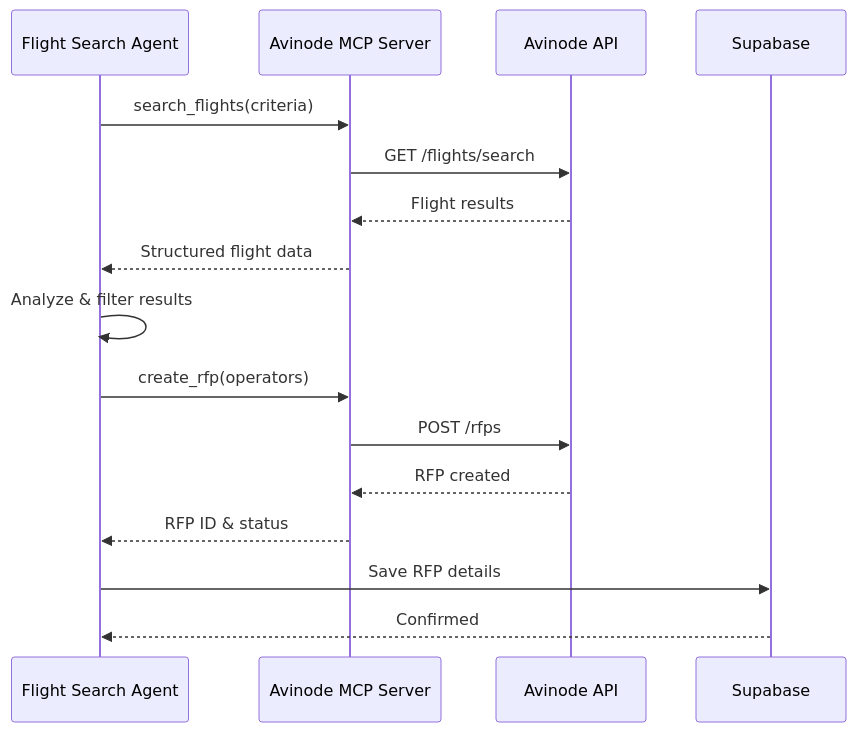
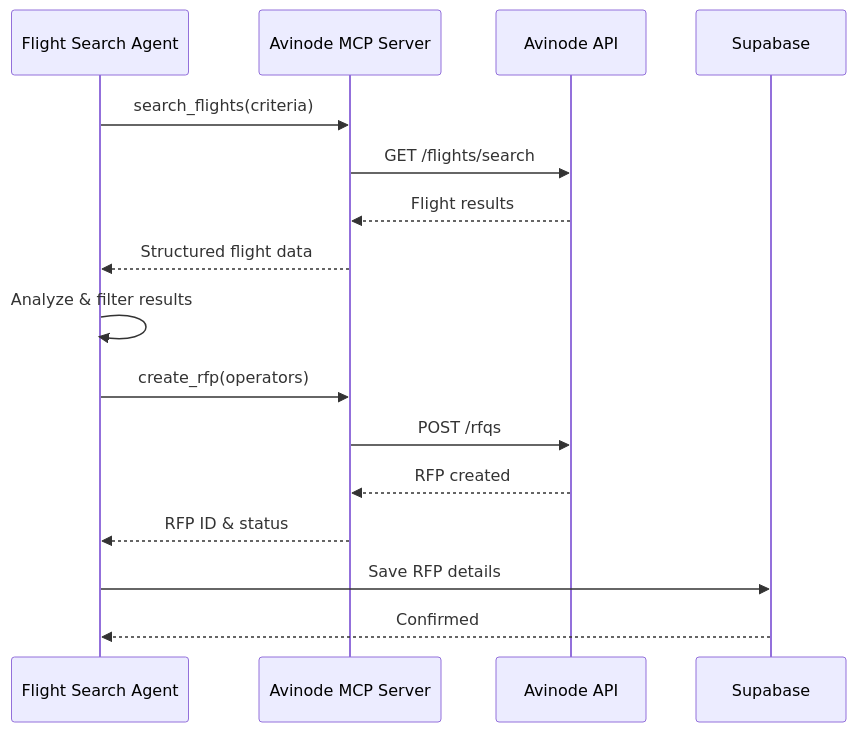
One commit to kingler/v0-jetvision-assistant changed the diagram in docs/subagents/agents/flight-search/README.md. Above: the diagram before and after it, drawn with Mermaid. The commit also changed other lines of this file and 45 other files, not shown here.

````diff
--- a/docs/subagents/agents/flight-search/README.md
+++ b/docs/subagents/agents/flight-search/README.md
@@ -75,19 +75,19 @@
 ```mermaid
 sequenceDiagram
     participant Agent as Flight Search Agent
     participant MCP as Avinode MCP Server
     participant Avinode as Avinode API
     participant DB as Supabase
 
     Agent->>MCP: search_flights(criteria)
     MCP->>Avinode: GET /flights/search
     Avinode-->>MCP: Flight results
     MCP-->>Agent: Structured flight data
     Agent->>Agent: Analyze & filter results
     Agent->>MCP: create_rfp(operators)
-    MCP->>Avinode: POST /rfps
+    MCP->>Avinode: POST /rfqs
     Avinode-->>MCP: RFP created
     MCP-->>Agent: RFP ID & status
     Agent->>DB: Save RFP details
     DB-->>Agent: Confirmed
 ```
````
